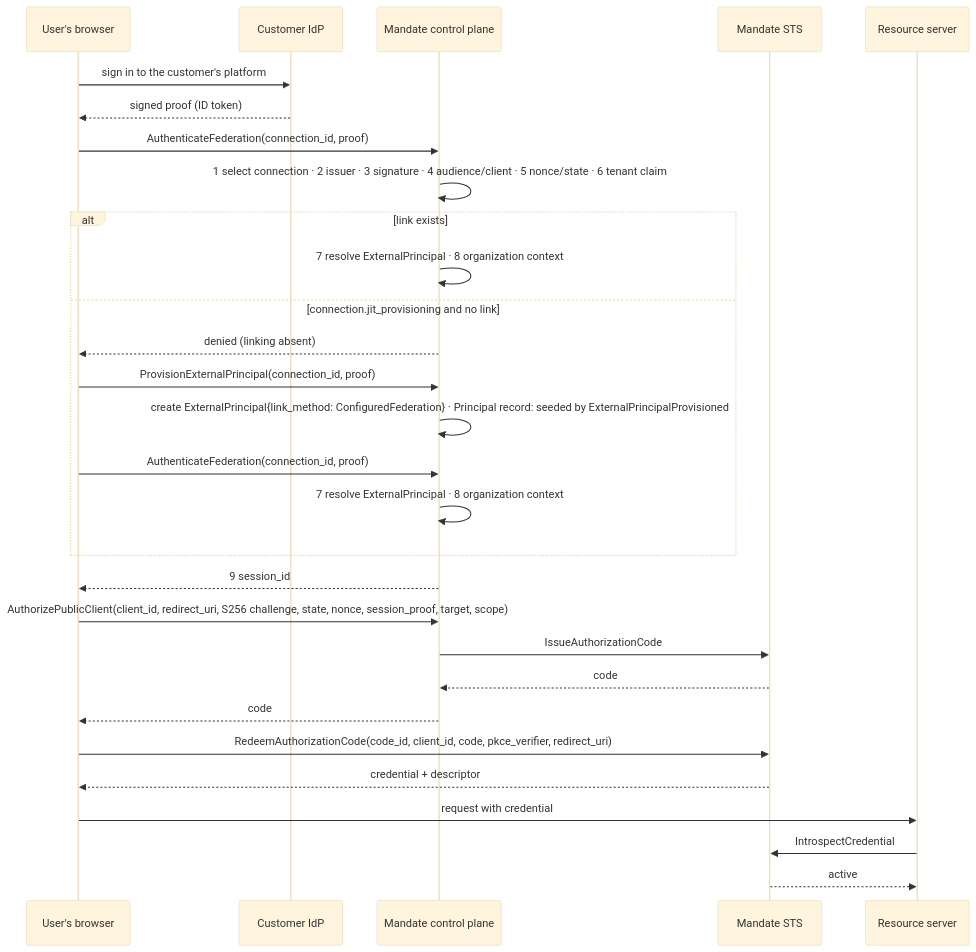
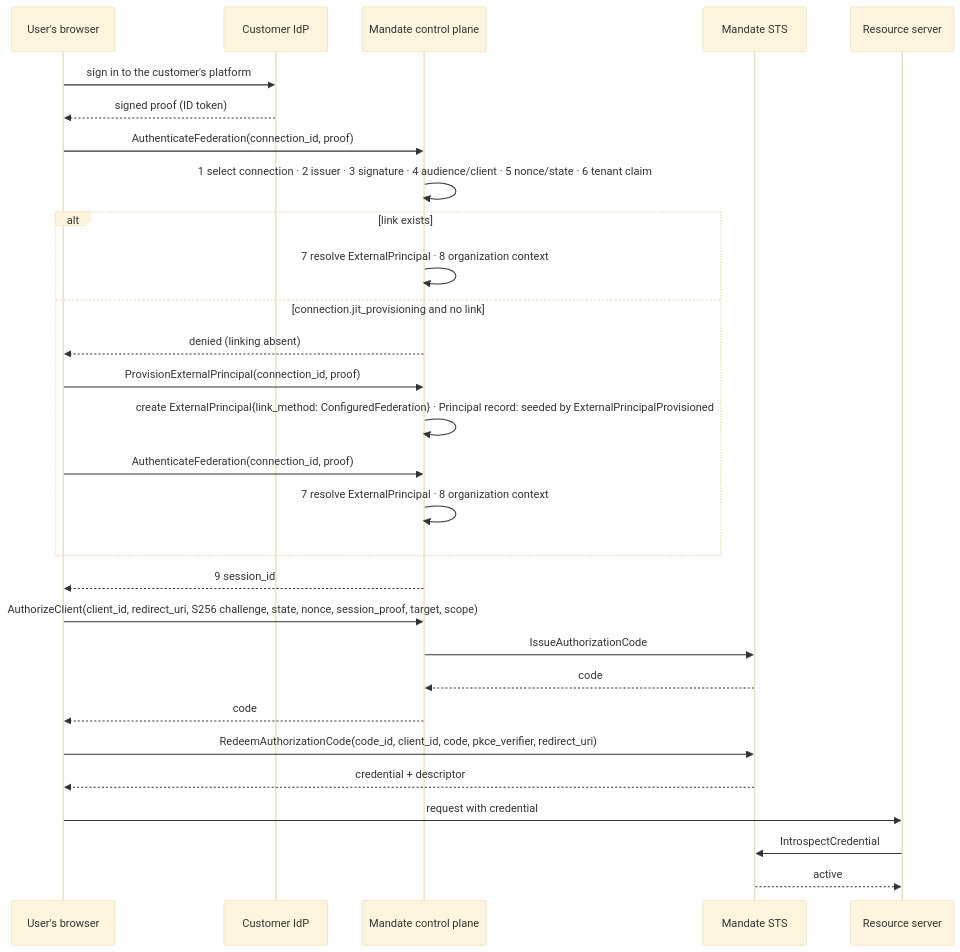
The first of 2 diagrams in docs/architecture/federated-login.md (beyond10x/mandate), drawn with Mermaid (base theme) before and after one commit. The commit also changed other lines of this file and 437 other files, not shown here.

First line of the commit message:
Rename AuthorizePublicClient to AuthorizeClient

````diff
--- a/docs/architecture/federated-login.md
+++ b/docs/architecture/federated-login.md
@@ -13,31 +13,31 @@
 ```mermaid
 sequenceDiagram
   participant U as User's browser
   participant IdP as Customer IdP
   participant CP as Mandate control plane
   participant STS as Mandate STS
   participant RS as Resource server
   U->>IdP: sign in to the customer's platform
   IdP-->>U: signed proof (ID token)
   U->>CP: AuthenticateFederation(connection_id, proof)
   CP->>CP: 1 select connection · 2 issuer · 3 signature · 4 audience/client · 5 nonce/state · 6 tenant claim
   alt link exists
     CP->>CP: 7 resolve ExternalPrincipal · 8 organization context
   else connection.jit_provisioning and no link
     CP-->>U: denied (linking absent)
     U->>CP: ProvisionExternalPrincipal(connection_id, proof)
     CP->>CP: create ExternalPrincipal{link_method: ConfiguredFederation} · Principal record: seeded by ExternalPrincipalProvisioned
     U->>CP: AuthenticateFederation(connection_id, proof)
     CP->>CP: 7 resolve ExternalPrincipal · 8 organization context
   end
   CP-->>U: 9 session_id
-  U->>CP: AuthorizePublicClient(client_id, redirect_uri, S256 challenge, state, nonce, session_proof, target, scope)
+  U->>CP: AuthorizeClient(client_id, redirect_uri, S256 challenge, state, nonce, session_proof, target, scope)
   CP->>STS: IssueAuthorizationCode
   STS-->>CP: code
   CP-->>U: code
   U->>STS: RedeemAuthorizationCode(code_id, client_id, code, pkce_verifier, redirect_uri)
   STS-->>U: credential + descriptor
   U->>RS: request with credential
   RS->>STS: IntrospectCredential
   STS-->>RS: active
 ```
````
